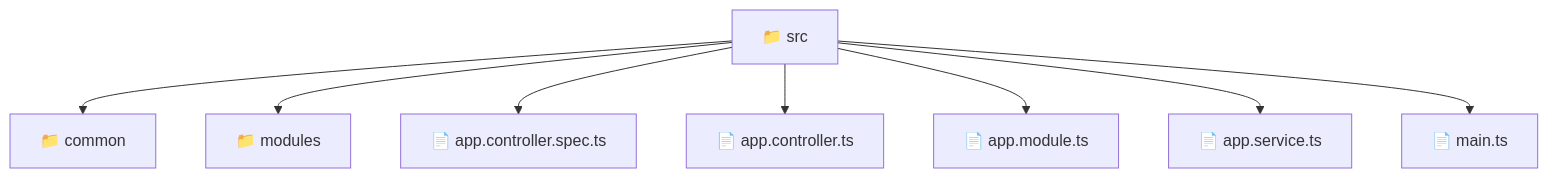
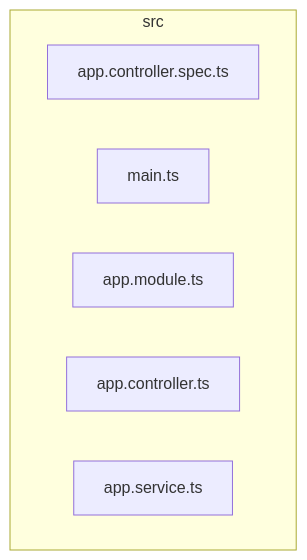
Before and after one commit to beginwebdev2002/fullstack-mavluda: the diagram in backend/src/README.md, drawn with Mermaid. The commit also changed other lines of this file and 163 other files, not shown here.

````diff
--- a/backend/src/README.md
+++ b/backend/src/README.md
@@ -9,11 +15,10 @@
 ```mermaid
 graph TD
-  Root["📁 src"]
-  Root --> common["📁 common"]
-  Root --> modules["📁 modules"]
-  Root --> app_controller_spec_ts["📄 app.controller.spec.ts"]
-  Root --> app_controller_ts["📄 app.controller.ts"]
-  Root --> app_module_ts["📄 app.module.ts"]
-  Root --> app_service_ts["📄 app.service.ts"]
-  Root --> main_ts["📄 main.ts"]
+  subgraph src
+    app_controller_spec_ts["app.controller.spec.ts"]
+    main_ts["main.ts"]
+    app_module_ts["app.module.ts"]
+    app_controller_ts["app.controller.ts"]
+    app_service_ts["app.service.ts"]
+  end
 ```
````
